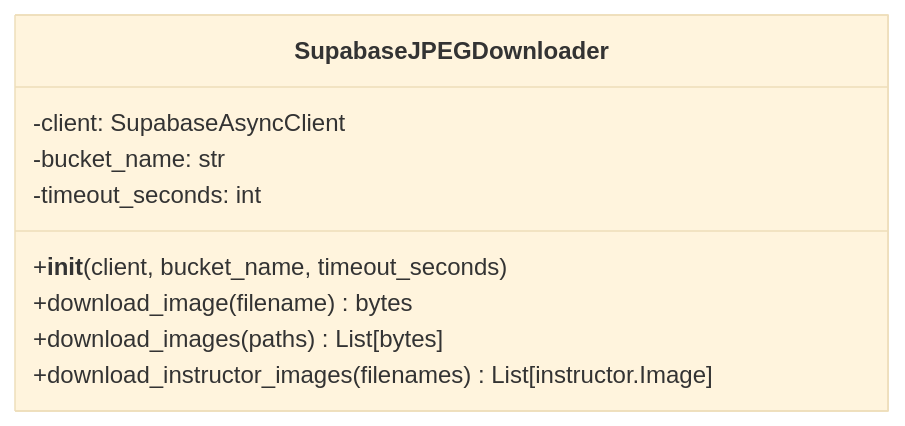
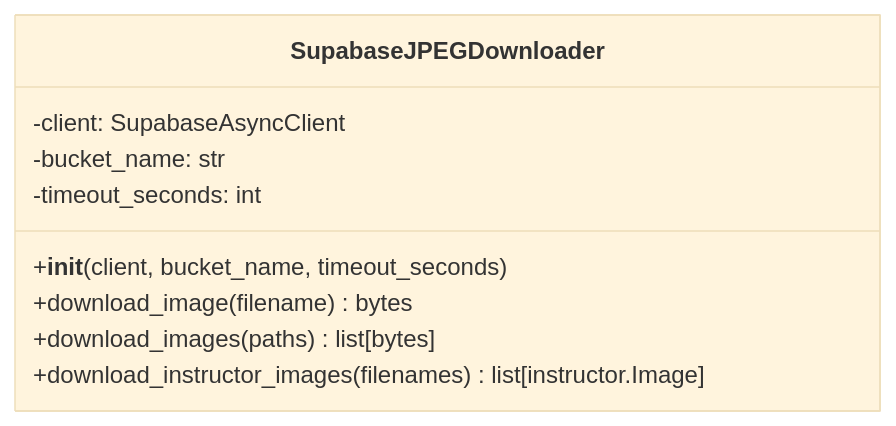
The fourth of 4 diagrams in docs/modules/services.md (akosgintl/colpali-rag-app), drawn with Mermaid (base theme) before and after one commit. The commit also changed other lines of this file and 84 other files, not shown here.

````diff
--- a/docs/modules/services.md
+++ b/docs/modules/services.md
@@ -171,13 +167,13 @@
 ```mermaid
 classDiagram
     class SupabaseJPEGDownloader {
         -client: SupabaseAsyncClient
         -bucket_name: str
         -timeout_seconds: int
 
         +__init__(client, bucket_name, timeout_seconds)
         +download_image(filename) bytes
-        +download_images(paths) List[bytes]
-        +download_instructor_images(filenames) List[instructor.Image]
+        +download_images(paths) list[bytes]
+        +download_instructor_images(filenames) list[instructor.Image]
     }
 ```
````
